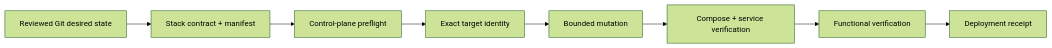
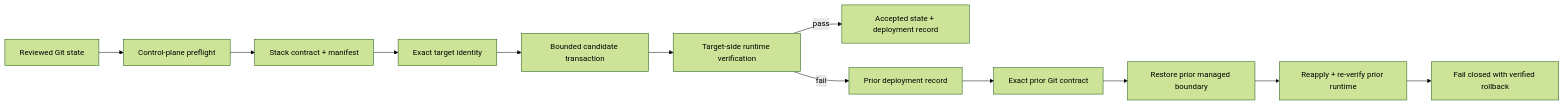
Before and after one commit to d-prost/homelab-ops-blueprint: the diagram in README.md, drawn with Mermaid (forest theme). The commit also changed other lines of this file, not shown here.

Commit message:
Refine README around Verified Convergence

````diff
--- a/README.md
+++ b/README.md
@@ -27,10 +53,14 @@
 ```mermaid
 flowchart LR
-    A["Reviewed Git desired state"] --> B["Stack contract + manifest"]
-    B --> C["Control-plane preflight"]
+    A["Reviewed Git state"] --> B["Control-plane preflight"]
+    B --> C["Stack contract + manifest"]
     C --> D["Exact target identity"]
-    D --> E["Bounded mutation"]
-    E --> F["Compose + service verification"]
-    F --> G["Functional verification"]
-    G --> H["Deployment receipt"]
+    D --> E["Bounded candidate transaction"]
+    E --> F["Target-side runtime verification"]
+    F -->|pass| G["Accepted state + deployment record"]
+    F -->|fail| H["Prior deployment record"]
+    H --> I["Exact prior Git contract"]
+    I --> J["Restore prior managed boundary"]
+    J --> K["Reapply + re-verify prior runtime"]
+    K --> L["Fail closed with verified rollback"]
 ```
````
